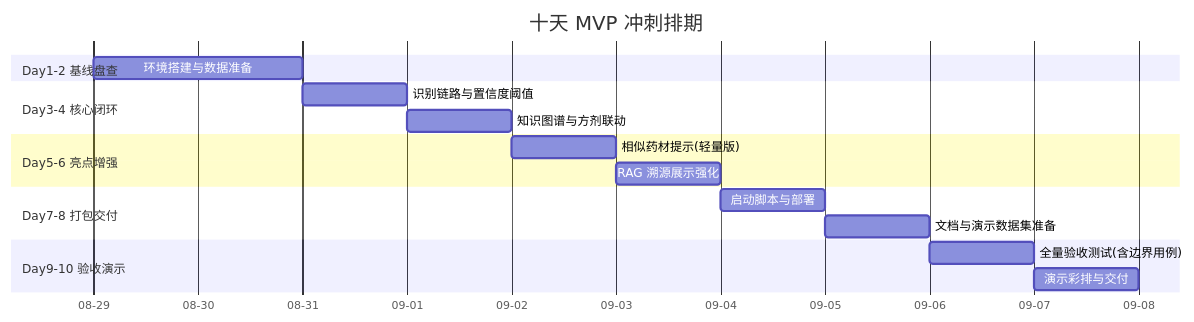
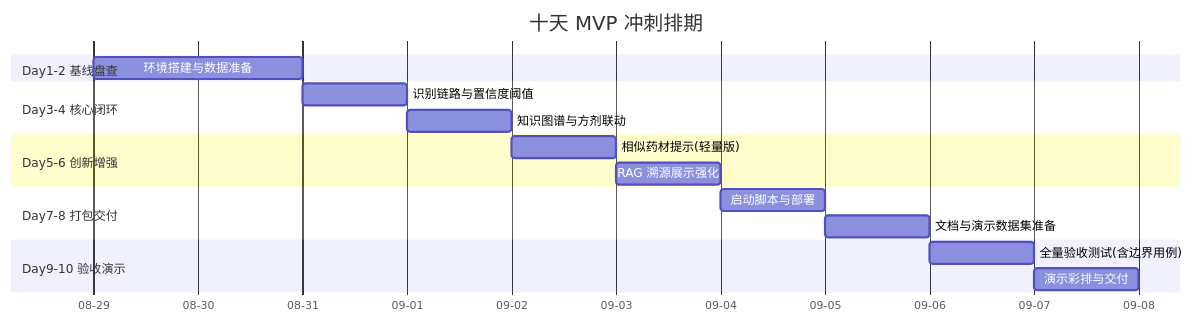
The second of 2 diagrams in docs/plan.md (Ember-27/herb_recognition), drawn with Mermaid before and after one commit. The commit also changed other lines of this file and 7 other files, not shown here.

````diff
--- a/docs/plan.md
+++ b/docs/plan.md
@@ -68,20 +115,20 @@
 ```mermaid
 gantt
     title 十天 MVP 冲刺排期
     dateFormat  YYYY-MM-DD
     axisFormat  %m-%d
     section Day1-2 基线盘查
     环境搭建与数据准备       :a1, 2026-08-29, 2d
     section Day3-4 核心闭环
     识别链路与置信度阈值     :b1, after a1, 1d
     知识图谱与方剂联动       :b2, after b1, 1d
-    section Day5-6 亮点增强
+    section Day5-6 创新增强
     相似药材提示(轻量版)     :c1, after b2, 1d
     RAG 溯源展示强化        :c2, after c1, 1d
     section Day7-8 打包交付
     启动脚本与部署           :d1, after c2, 1d
     文档与演示数据集准备     :d2, after d1, 1d
     section Day9-10 验收演示
     全量验收测试(含边界用例) :e1, after d2, 1d
     演示彩排与交付          :e2, after e1, 1d
 ```
````
